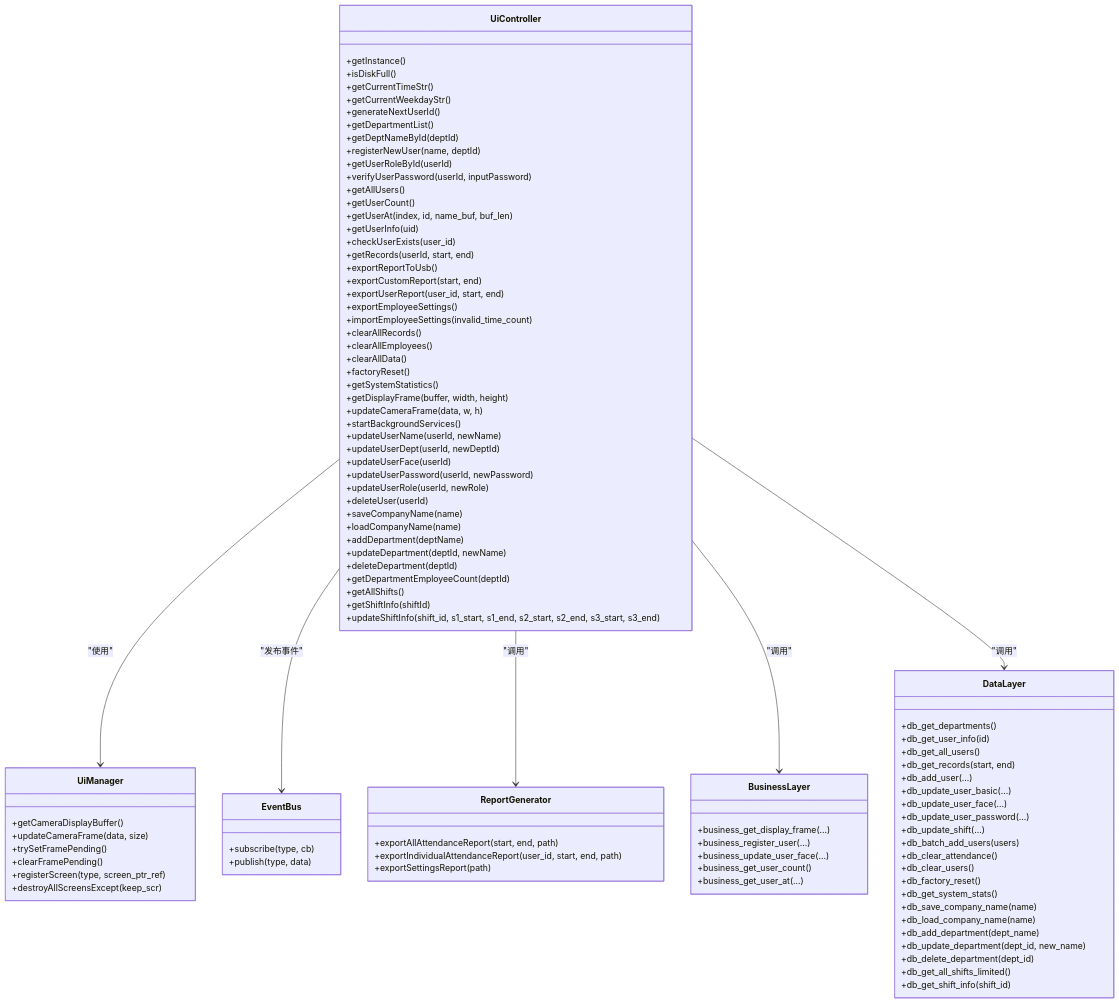
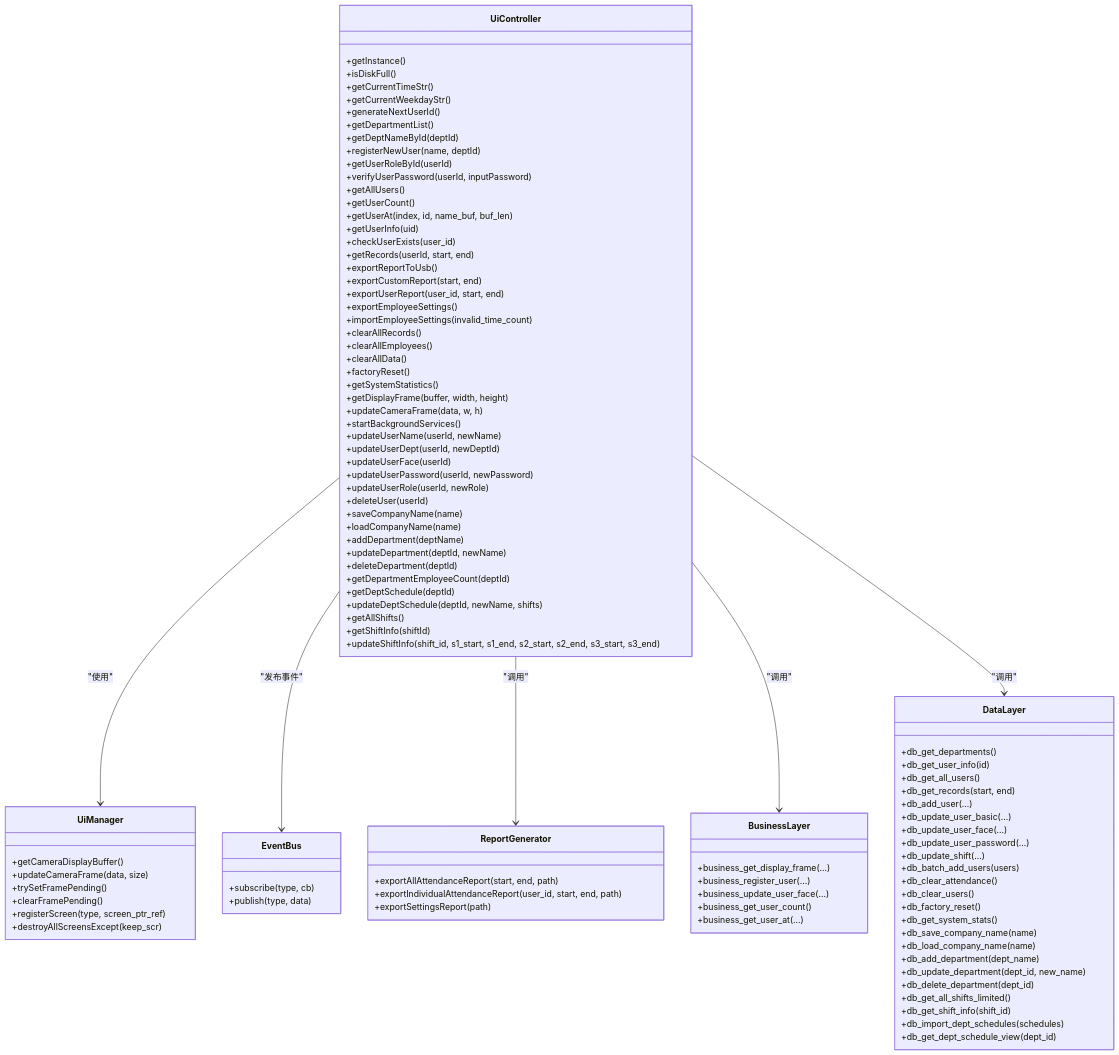
The third of 3 diagrams in .qoder/repowiki/zh/content/API接口参考/UI层API接口.md (Drunk552/SmartAttendance), drawn with Mermaid before and after one commit. The commit also changed other lines of this file and 15 other files, not shown here.

```diff
--- a/.qoder/repowiki/zh/content/API接口参考/UI层API接口.md
+++ b/.qoder/repowiki/zh/content/API接口参考/UI层API接口.md
@@ -614,6 +655,8 @@
 +updateDepartment(deptId, newName)
 +deleteDepartment(deptId)
 +getDepartmentEmployeeCount(deptId)
++getDeptSchedule(deptId)
++updateDeptSchedule(deptId, newName, shifts)
 +getAllShifts()
 +getShiftInfo(shiftId)
 +updateShiftInfo(shift_id, s1_start, s1_end, s2_start, s2_end, s3_start, s3_end)
@@ -664,6 +707,8 @@
 +db_delete_department(dept_id)
 +db_get_all_shifts_limited()
 +db_get_shift_info(shift_id)
++db_import_dept_schedules(schedules)
++db_get_dept_schedule_view(dept_id)
 }
 UiController --> UiManager : "使用"
 UiController --> EventBus : "发布事件"
```
